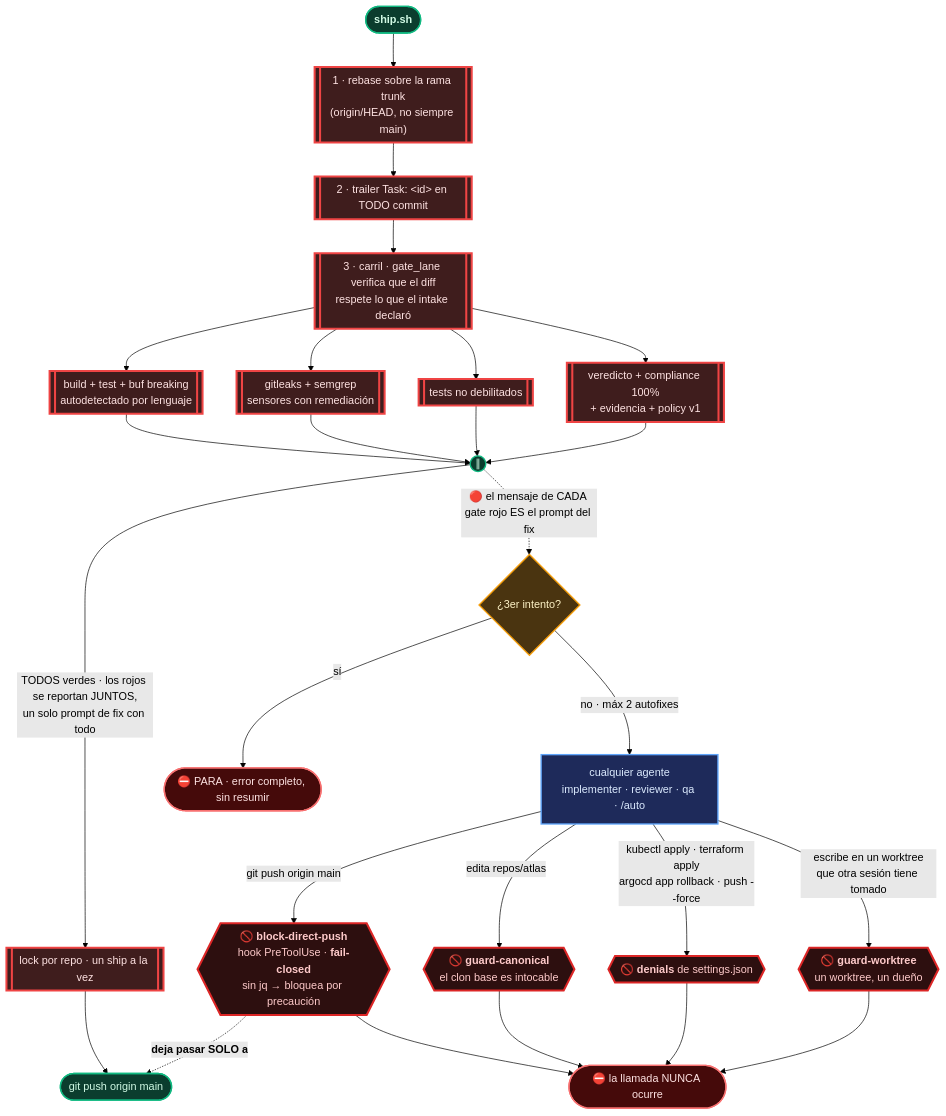
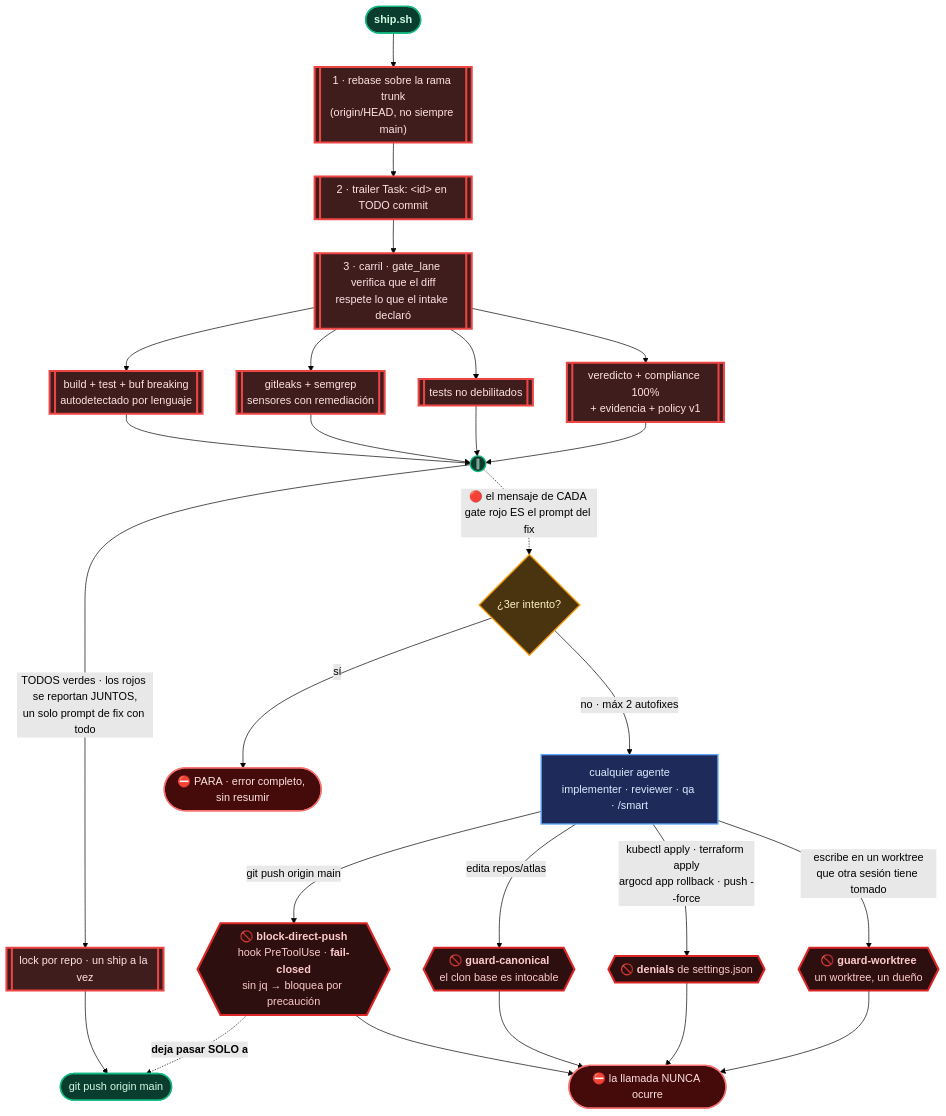
The fifth of 7 diagrams in README.md (andresgarcia29/harness-creator), drawn with Mermaid (forest theme) before and after one commit. The commit also changed other lines of this file and 26 other files, not shown here.

First line of the commit message:
feat(comandos): /auto pasa a /smart porque el nombre chocaba con Kimi Code, con retirada ordenada

````diff
--- a/README.md
+++ b/README.md
@@ -456,36 +462,36 @@
 ```mermaid
 flowchart TD
-  A["cualquier agente<br/>implementer · reviewer · qa · /auto"]:::agent -->|"git push origin main"| H1{{"🚫 <b>block-direct-push</b><br/>hook PreToolUse · <b>fail-closed</b><br/>sin jq → bloquea por precaución"}}:::hook
+  A["cualquier agente<br/>implementer · reviewer · qa · /smart"]:::agent -->|"git push origin main"| H1{{"🚫 <b>block-direct-push</b><br/>hook PreToolUse · <b>fail-closed</b><br/>sin jq → bloquea por precaución"}}:::hook
   A -->|"edita repos/atlas"| H2{{"🚫 <b>guard-canonical</b><br/>el clon base es intocable"}}:::hook
   A -->|"escribe en un worktree<br/>que otra sesión tiene tomado"| H4{{"🚫 <b>guard-worktree</b><br/>un worktree, un dueño"}}:::hook
   A -->|"kubectl apply · terraform apply<br/>argocd app rollback · push --force"| H3{{"🚫 <b>denials</b> de settings.json"}}:::hook
   H1 --> X(["⛔ la llamada NUNCA ocurre"]):::stop
   H2 --> X
   H3 --> X
   H4 --> X
 
   SH(["<b>ship.sh</b>"]):::script --> G1[["1 · rebase sobre la rama trunk<br/>(origin/HEAD, no siempre main)"]]:::gate
   G1 --> G2[["2 · trailer Task: &lt;id&gt; en TODO commit"]]:::gate
   G2 --> GL[["3 · carril · gate_lane verifica que el diff<br/>respete lo que el intake declaró"]]:::gate
   GL --> G3[["build + test + buf breaking<br/>autodetectado por lenguaje"]]:::gate
   GL --> G5[["gitleaks + semgrep<br/>sensores con remediación"]]:::gate
   GL --> GT[["tests no debilitados"]]:::gate
   GL --> G7[["veredicto + compliance 100%<br/>+ evidencia + policy v1"]]:::gate
   G3 --> J(("∥")):::script
   G5 --> J
   GT --> J
   G7 --> J
   J -->|"TODOS verdes · los rojos se reportan JUNTOS,<br/>un solo prompt de fix con todo"| G8[["lock por repo · un ship a la vez"]]:::gate
   G8 --> P(["git push origin main"]):::script
   H1 -.->|"<b>deja pasar SOLO a</b>"| P
   J -.->|"🔴 el mensaje de CADA gate rojo ES el prompt del fix"| F{"¿3er intento?"}:::dec
   F -->|"no · máx 2 autofixes"| A
   F -->|"sí"| ST(["⛔ PARA · error completo, sin resumir"]):::stop
 
 classDef agent fill:#1e2a5a,stroke:#60a5fa,stroke-width:2px,color:#dbeafe
 classDef dec fill:#4a3410,stroke:#f59e0b,stroke-width:2px,color:#fef3c7
 classDef gate fill:#3f1d1d,stroke:#ef4444,stroke-width:3px,color:#fee2e2
 classDef hook fill:#2d0f0f,stroke:#dc2626,stroke-width:3px,color:#fecaca
 classDef stop fill:#450a0a,stroke:#f87171,stroke-width:2px,color:#fee2e2
 classDef script fill:#0b3d2e,stroke:#10b981,stroke-width:2px,color:#d1fae5
 ```
````
